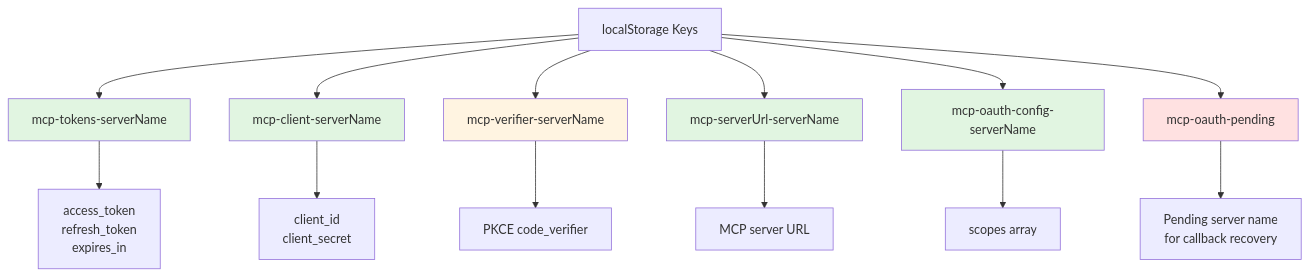
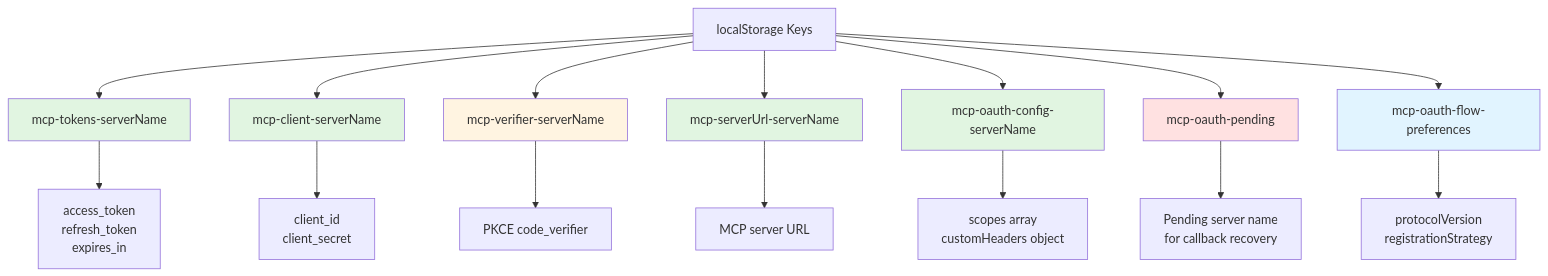
One commit to MCPJam/inspector changed the third of 4 diagrams in docs/contributing/oauth-architecture.mdx. Above: the diagram before and after it, drawn with Mermaid. The commit also changed other lines of this file, not shown here.

````diff
--- a/docs/contributing/oauth-architecture.mdx
+++ b/docs/contributing/oauth-architecture.mdx
@@ -167,23 +167,26 @@
 ```mermaid
 graph TD
     A[localStorage Keys] --> B[mcp-tokens-serverName]
     A --> C[mcp-client-serverName]
     A --> D[mcp-verifier-serverName]
     A --> E[mcp-serverUrl-serverName]
     A --> F[mcp-oauth-config-serverName]
     A --> G[mcp-oauth-pending]
+    A --> H[mcp-oauth-flow-preferences]
 
     B --> B1[access_token<br/>refresh_token<br/>expires_in]
     C --> C1[client_id<br/>client_secret]
     D --> D1[PKCE code_verifier]
     E --> E1[MCP server URL]
-    F --> F1[scopes array]
+    F --> F1[scopes array<br/>customHeaders object]
     G --> G1[Pending server name<br/>for callback recovery]
+    H --> H1[protocolVersion<br/>registrationStrategy]
 
     style B fill:#e1f5e1
     style C fill:#e1f5e1
     style D fill:#fff4e1
     style E fill:#e1f5e1
     style F fill:#e1f5e1
     style G fill:#ffe1e1
+    style H fill:#e1f4ff
 ```
````
